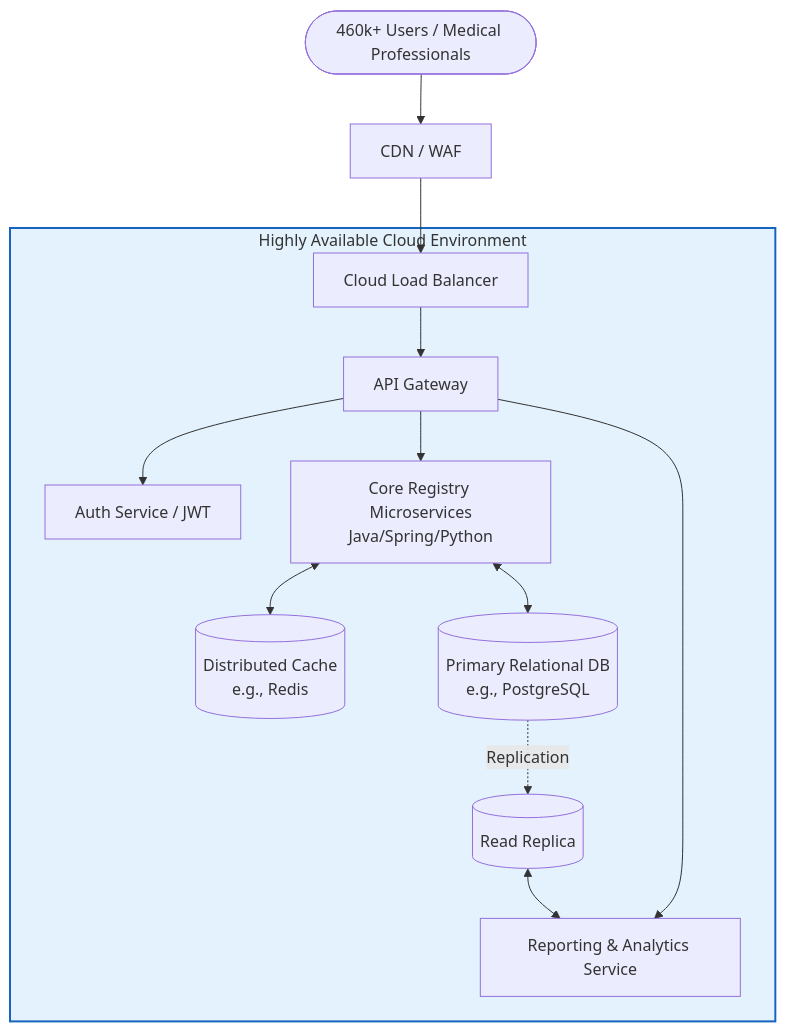
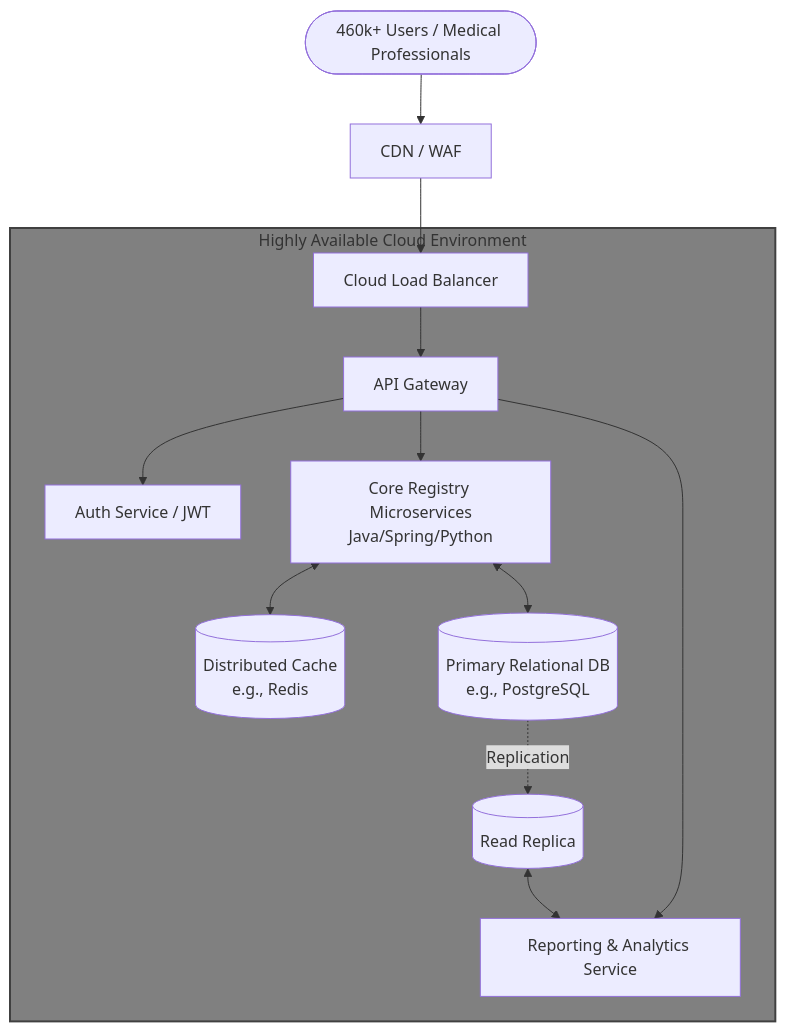
One commit to Lorenzo2703/road-to-google changed the first of 3 diagrams in professional_profile.md. Above: the diagram before and after it, drawn with Mermaid. The commit also changed other lines of this file, not shown here.

````diff
--- a/professional_profile.md
+++ b/professional_profile.md
@@ -41,22 +46,22 @@
 ```mermaid
 flowchart TD
     User(["460k+ Users / Medical Professionals"]) --> CDN["CDN / WAF"]
     CDN --> LB["Cloud Load Balancer"]
     
     subgraph CloudEnv [Highly Available Cloud Environment]
         LB --> API["API Gateway"]
         API --> Auth["Auth Service / JWT"]
         
         API --> CoreService["Core Registry Microservices<br>Java/Spring/Python"]
         API --> ReportService["Reporting & Analytics Service"]
         
         CoreService <--> Cache[("Distributed Cache<br>e.g., Redis")]
         CoreService <--> DB[("Primary Relational DB<br>e.g., PostgreSQL")]
         
         DB -.Replication.-> ReadReplica[("Read Replica")]
         ReadReplica <--> ReportService
     end
     
-    classDef cloud fill:#e3f2fd,stroke:#1565c0,stroke-width:2px;
+    classDef cloud fill:#808080,stroke:#404040,stroke-width:2px;
     class CloudEnv cloud;
 ```
````
